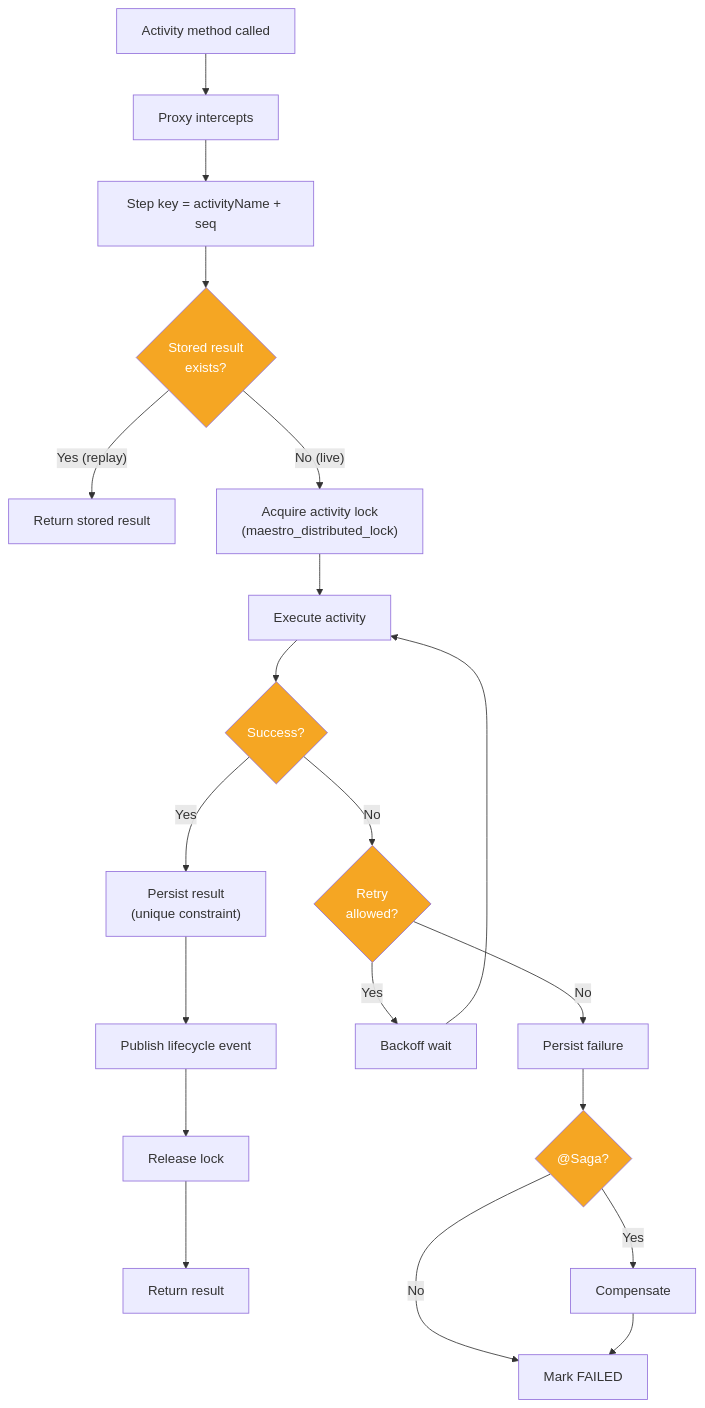
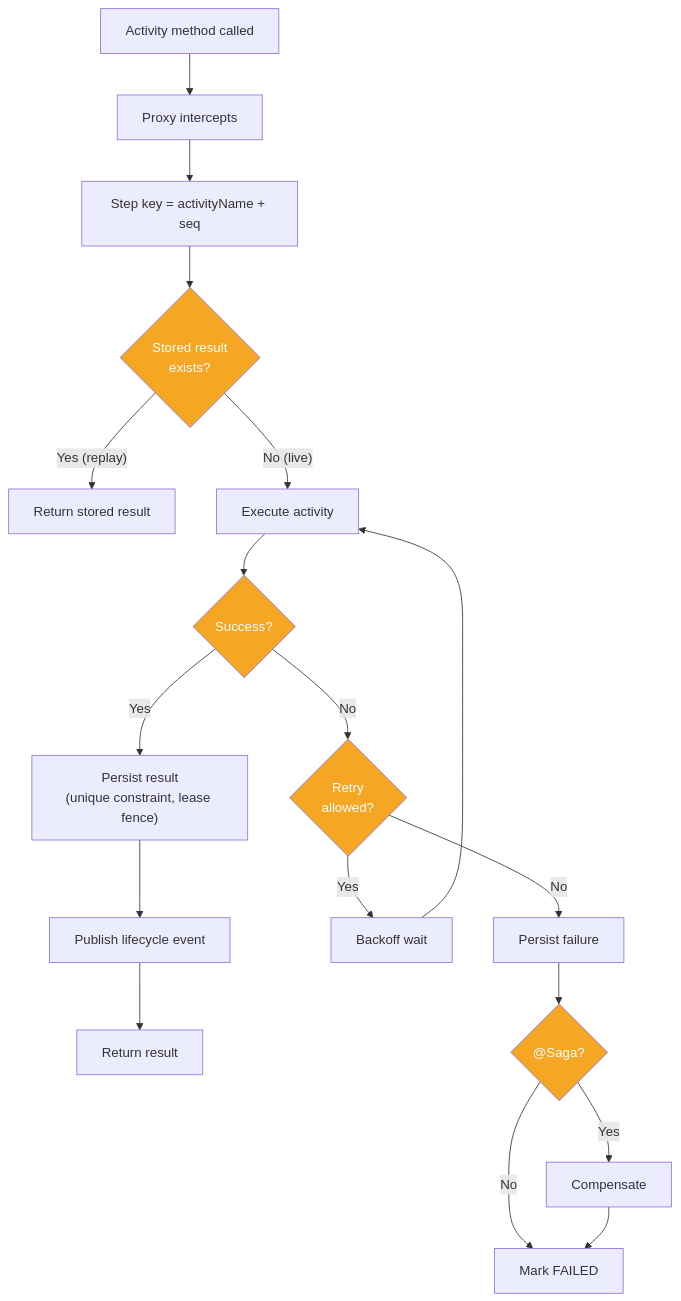
One commit to rakheen-dama/maestro changed the fifth of 15 diagrams in docs/maestro-architecture.md. Above: the diagram before and after it, drawn with Mermaid. The commit also changed other lines of this file and 8 other files, not shown here.

````diff
--- a/docs/maestro-architecture.md
+++ b/docs/maestro-architecture.md
@@ -205,27 +205,25 @@
 ```mermaid
 flowchart TD
     A["Activity method called"] --> B["Proxy intercepts"]
     B --> C["Step key = activityName + seq"]
     C --> D{"Stored result<br/>exists?"}
     D -- "Yes (replay)" --> E["Return stored result"]
-    D -- "No (live)" --> F["Acquire activity lock<br/>(maestro_distributed_lock)"]
-    F --> G["Execute activity"]
+    D -- "No (live)" --> G["Execute activity"]
     G --> H{"Success?"}
-    H -- "Yes" --> I["Persist result<br/>(unique constraint)"]
+    H -- "Yes" --> I["Persist result<br/>(unique constraint, lease fence)"]
     I --> J["Publish lifecycle event"]
-    J --> K["Release lock"]
-    K --> L["Return result"]
+    J --> L["Return result"]
     H -- "No" --> M{"Retry<br/>allowed?"}
     M -- "Yes" --> N["Backoff wait"]
     N --> G
     M -- "No" --> O["Persist failure"]
     O --> P{"@Saga?"}
     P -- "Yes" --> Q["Compensate"]
     P -- "No" --> R["Mark FAILED"]
     Q --> R
 
     style D fill:#F5A623,color:#fff
     style H fill:#F5A623,color:#fff
     style M fill:#F5A623,color:#fff
     style P fill:#F5A623,color:#fff
 ```
````
